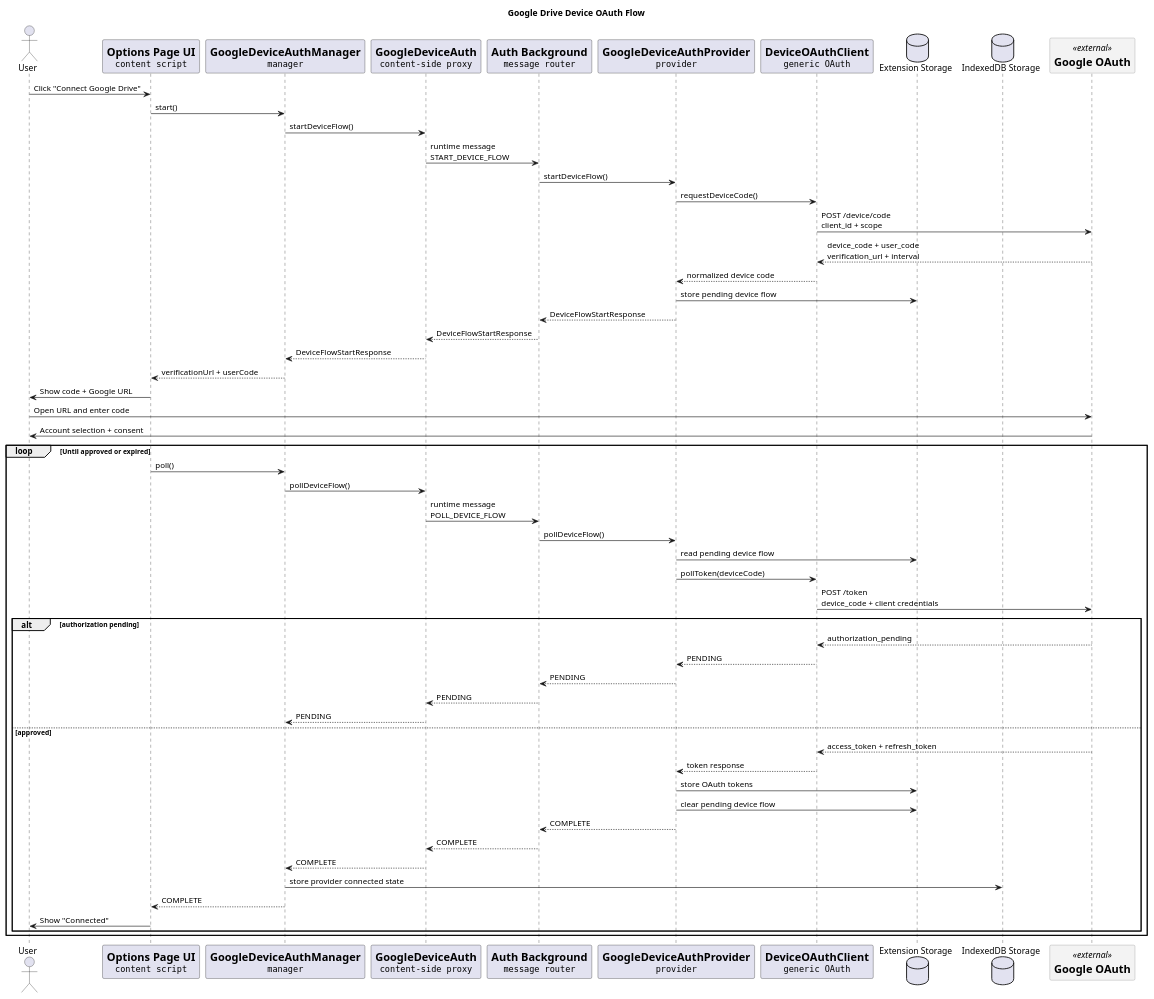
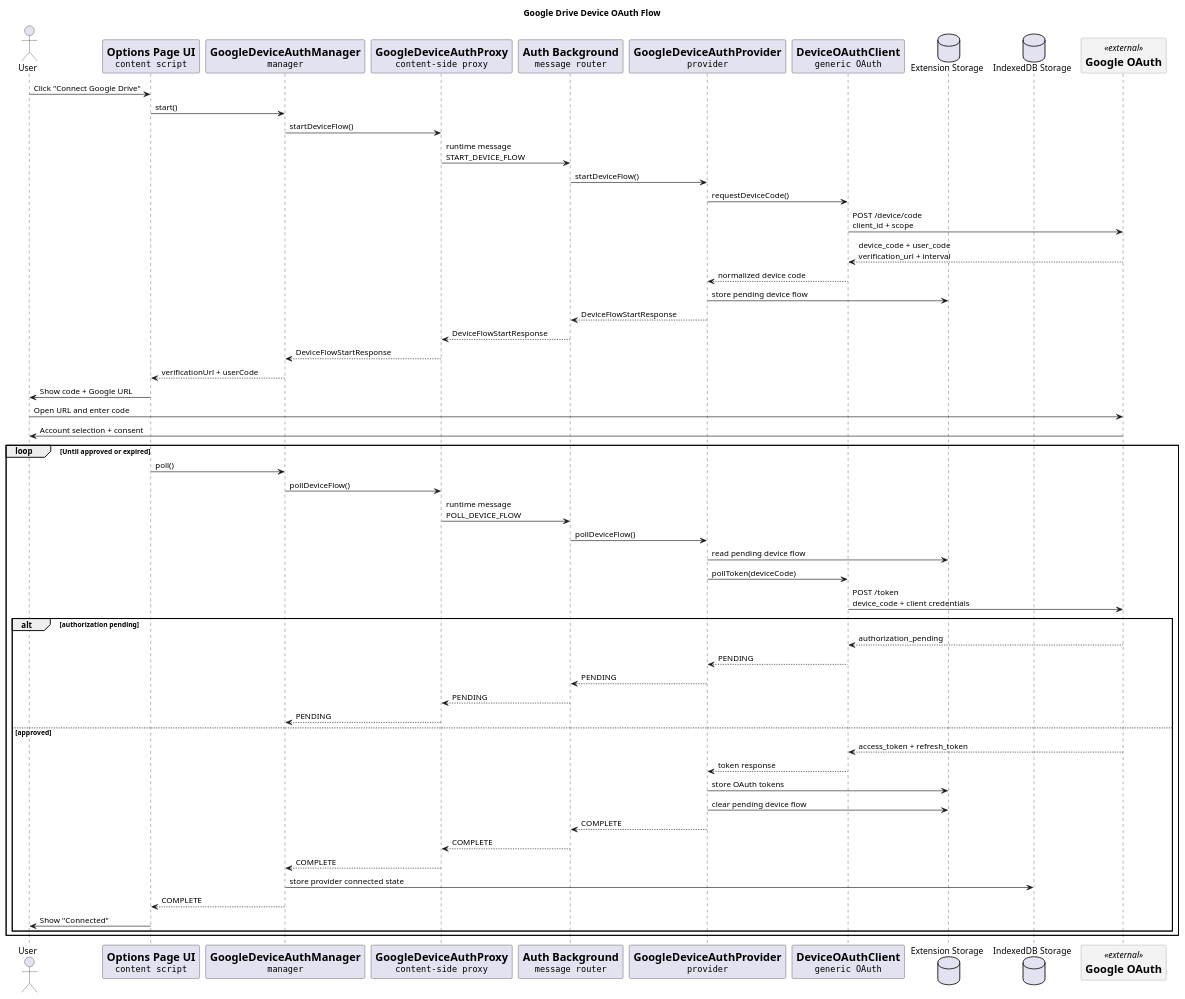
Before and after one commit to 0nis/ao3-read-tracker: the diagram in src/services/auth/diagrams/device-flow-sequence.puml, drawn with PlantUML. The commit also changed 3 other files, not shown here.

Commit message:
Rename service -> proxy for clarity in /auth/

```diff
--- a/src/services/auth/diagrams/device-flow-sequence.puml
+++ b/src/services/auth/diagrams/device-flow-sequence.puml
@@ -1,88 +1,88 @@
 @startuml Google Drive Device OAuth Flow
 title Google Drive Device OAuth Flow
 
 skinparam participant<<external>> {
     BackgroundColor #F3F3F3
     BorderColor #888888
 }
 
 actor User
 participant UI [
     =Options Page UI
     ""content script""
 ]
 participant Manager [
     =GoogleDeviceAuthManager
     ""manager""
 ]
 participant Proxy [
-    =GoogleDeviceAuth
+    =GoogleDeviceAuthProxy
     ""content-side proxy""
 ]
 participant BG [
     =Auth Background
     ""message router""
 ]
 participant Provider [
     =GoogleDeviceAuthProvider
     ""provider""
 ]
 participant Client [
     =DeviceOAuthClient
     ""generic OAuth""
 ]
 database "Extension Storage" as ExtStorage
 database "IndexedDB Storage" as Storage
 
 participant Google <<external>> [
     =Google OAuth
 ]
 
 User -> UI: Click "Connect Google Drive"
 UI -> Manager: start()
 Manager -> Proxy: startDeviceFlow()
 Proxy -> BG: runtime message\nSTART_DEVICE_FLOW
 BG -> Provider: startDeviceFlow()
 Provider -> Client: requestDeviceCode()
 Client -> Google: POST /device/code\nclient_id + scope
 Google --> Client: device_code + user_code\nverification_url + interval
 Client --> Provider: normalized device code
 Provider -> ExtStorage: store pending device flow
 Provider --> BG: DeviceFlowStartResponse
 BG --> Proxy: DeviceFlowStartResponse
 Proxy --> Manager: DeviceFlowStartResponse
 Manager --> UI: verificationUrl + userCode
 
 UI -> User: Show code + Google URL
 User -> Google: Open URL and enter code
 Google -> User: Account selection + consent
 
 loop Until approved or expired
   UI -> Manager: poll()
   Manager -> Proxy: pollDeviceFlow()
   Proxy -> BG: runtime message\nPOLL_DEVICE_FLOW
   BG -> Provider: pollDeviceFlow()
   Provider -> ExtStorage: read pending device flow
   Provider -> Client: pollToken(deviceCode)
   Client -> Google: POST /token\ndevice_code + client credentials
   alt authorization pending
     Google --> Client: authorization_pending
     Client --> Provider: PENDING
     Provider --> BG: PENDING
     BG --> Proxy: PENDING
     Proxy --> Manager: PENDING
   else approved
     Google --> Client: access_token + refresh_token
     Client --> Provider: token response
     Provider -> ExtStorage: store OAuth tokens
     Provider -> ExtStorage: clear pending device flow
     Provider --> BG: COMPLETE
     BG --> Proxy: COMPLETE
     Proxy --> Manager: COMPLETE
     Manager -> Storage: store provider connected state
     Manager --> UI: COMPLETE
     UI -> User: Show "Connected"
   end
 end
 
 @enduml
```
